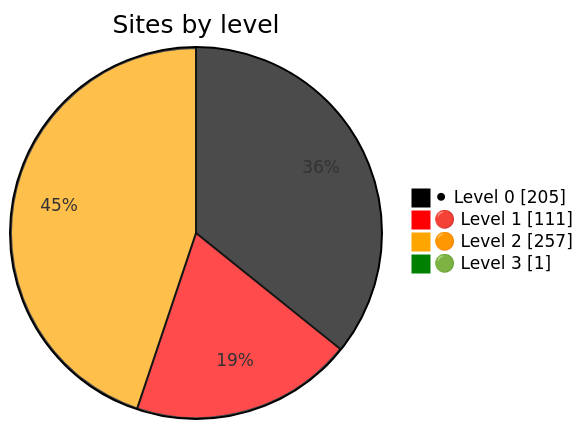
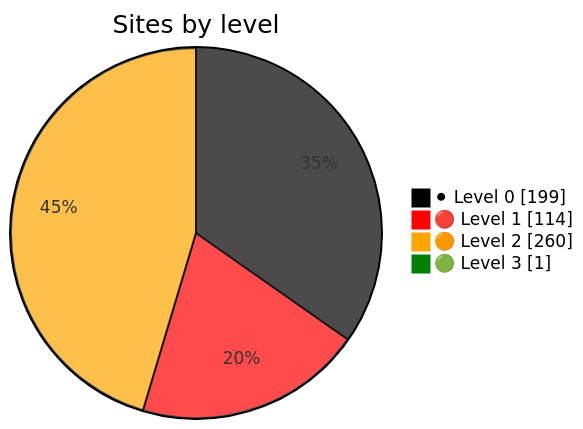
The diagram in README.md (Dushmilan/gov_lk_web_auditor), drawn with Mermaid before and after one commit. The commit also changed other lines of this file and 2552 other files, not shown here.

````diff
--- a/README.md
+++ b/README.md
@@ -24,9 +24,9 @@
 ```mermaid
 %%{init: {"themeVariables":{"pie1":"black","pie2":"red","pie3":"orange","pie4":"green"}}}%%
 pie showData
     title Sites by level
-    "⚫ Level 0" : 205
-    "🔴 Level 1" : 111
-    "🟠 Level 2" : 257
+    "⚫ Level 0" : 199
+    "🔴 Level 1" : 114
+    "🟠 Level 2" : 260
     "🟢 Level 3" : 1
 ```
````
